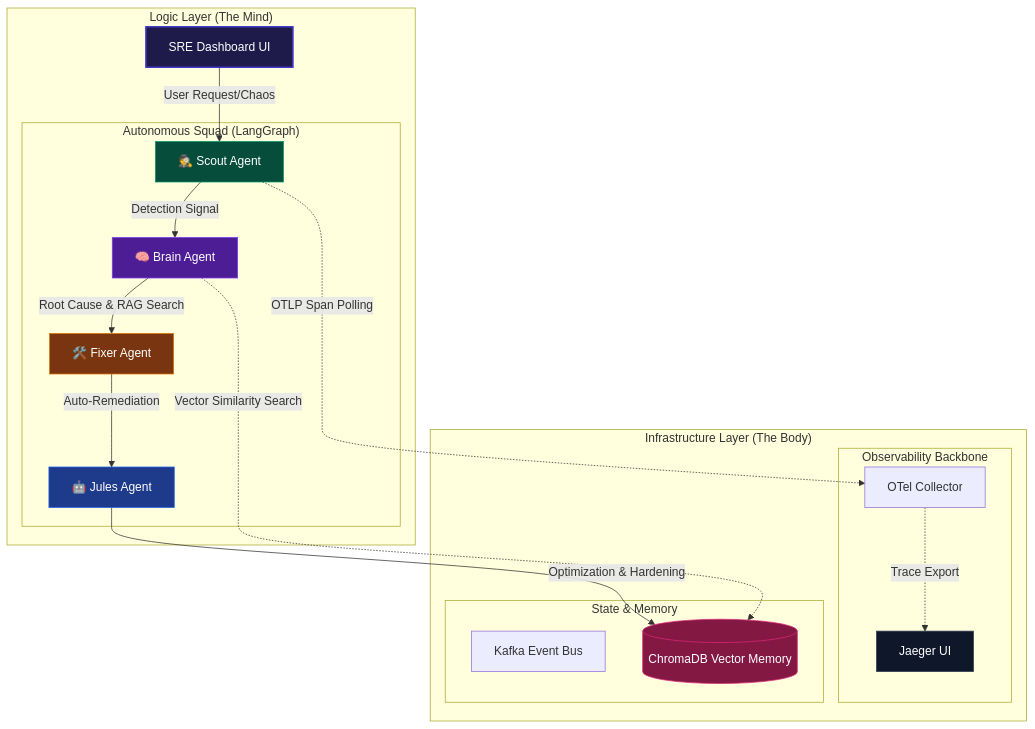
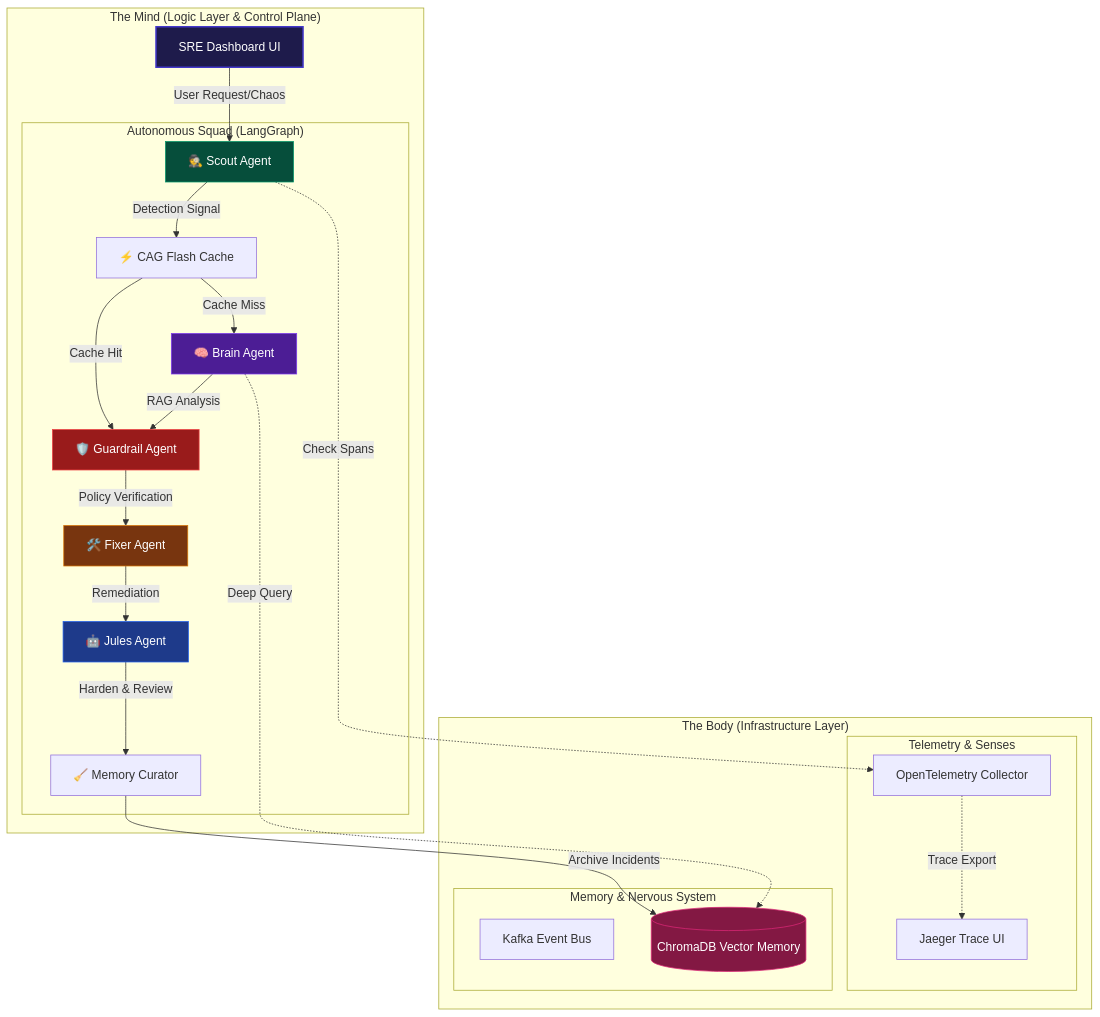
One commit to mohammedsalmanj/sre.space-cp changed the diagram in README.md. Above: the diagram before and after it, drawn with Mermaid. The commit also changed other lines of this file, not shown here.

Commit message:
Docs: Complete high-fidelity README overhaul for SRE-Space v3.0 (7-Agent Squad, RAG Scoring, Jules Authority)

````diff
--- a/README.md
+++ b/README.md
@@ -28,44 +18,51 @@
 ```mermaid
 graph TD
-    subgraph "Logic Layer (The Mind)"
+    subgraph "The Mind (Logic Layer & Control Plane)"
         Dashboard[SRE Dashboard UI]
         subgraph "Autonomous Squad (LangGraph)"
             Scout[🕵️ Scout Agent]
+            CAG[⚡ CAG Flash Cache]
             Brain[🧠 Brain Agent]
+            Guardrail[🛡️ Guardrail Agent]
             Fixer[🛠️ Fixer Agent]
             Jules[🤖 Jules Agent]
+            Curator[🧹 Memory Curator]
         end
     end
 
-    subgraph "Infrastructure Layer (The Body)"
-        subgraph "Observability Backbone"
-            Jaeger[Jaeger UI]
-            OTel[OTel Collector]
+    subgraph "The Body (Infrastructure Layer)"
+        subgraph "Telemetry & Senses"
+            OTel[OpenTelemetry Collector]
+            Jaeger[Jaeger Trace UI]
         end
-        subgraph "State & Memory"
+        subgraph "Memory & Nervous System"
             Kafka[Kafka Event Bus]
             Chroma[(ChromaDB Vector Memory)]
         end
     end
 
     %% Interactions
     Dashboard -->|User Request/Chaos| Scout
-    Scout -->|Detection Signal| Brain
-    Brain -->|Root Cause & RAG Search| Fixer
-    Fixer -->|Auto-Remediation| Jules
-    Jules -->|Optimization & Hardening| Chroma
+    Scout -->|Detection Signal| CAG
+    CAG -->|Cache Miss| Brain
+    CAG -->|Cache Hit| Guardrail
+    Brain -->|RAG Analysis| Guardrail
+    Guardrail -->|Policy Verification| Fixer
+    Fixer -->|Remediation| Jules
+    Jules -->|Harden & Review| Curator
+    Curator -->|Archive Incidents| Chroma
 
     %% Data Connections
-    Scout -.->|OTLP Span Polling| OTel
-    Brain -.->|Vector Similarity Search| Chroma
+    Scout -.->|Check Spans| OTel
+    Brain -.->|Deep Query| Chroma
     OTel -.->|Trace Export| Jaeger
     
     %% Styling
     style Dashboard fill:#1e1b4b,stroke:#4338ca,color:#fff,stroke-width:2px
     style Scout fill:#064e3b,stroke:#059669,color:#fff
     style Brain fill:#4c1d95,stroke:#7c3aed,color:#fff
+    style Guardrail fill:#991b1b,stroke:#ef4444,color:#fff
     style Fixer fill:#78350f,stroke:#d97706,color:#fff
     style Jules fill:#1e3a8a,stroke:#2563eb,color:#fff
     style Chroma fill:#831843,stroke:#db2777,color:#fff
-    style Jaeger fill:#0f172a,stroke:#334155,color:#fff
 ```
````
